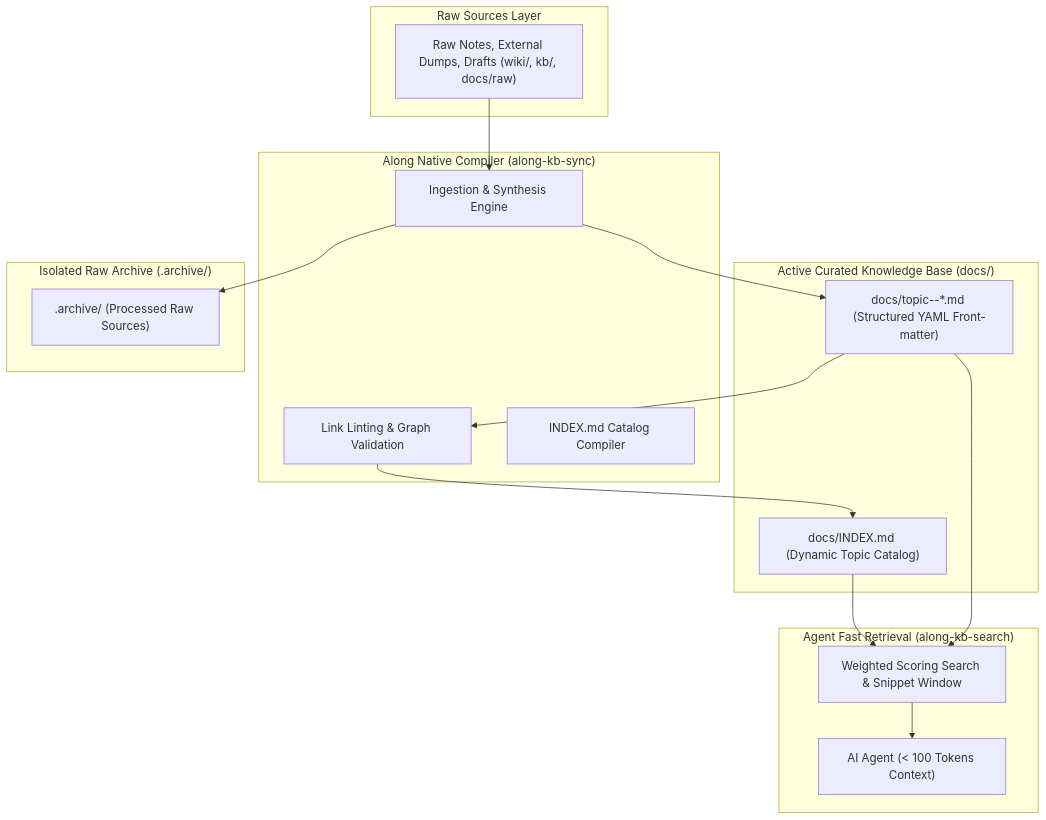
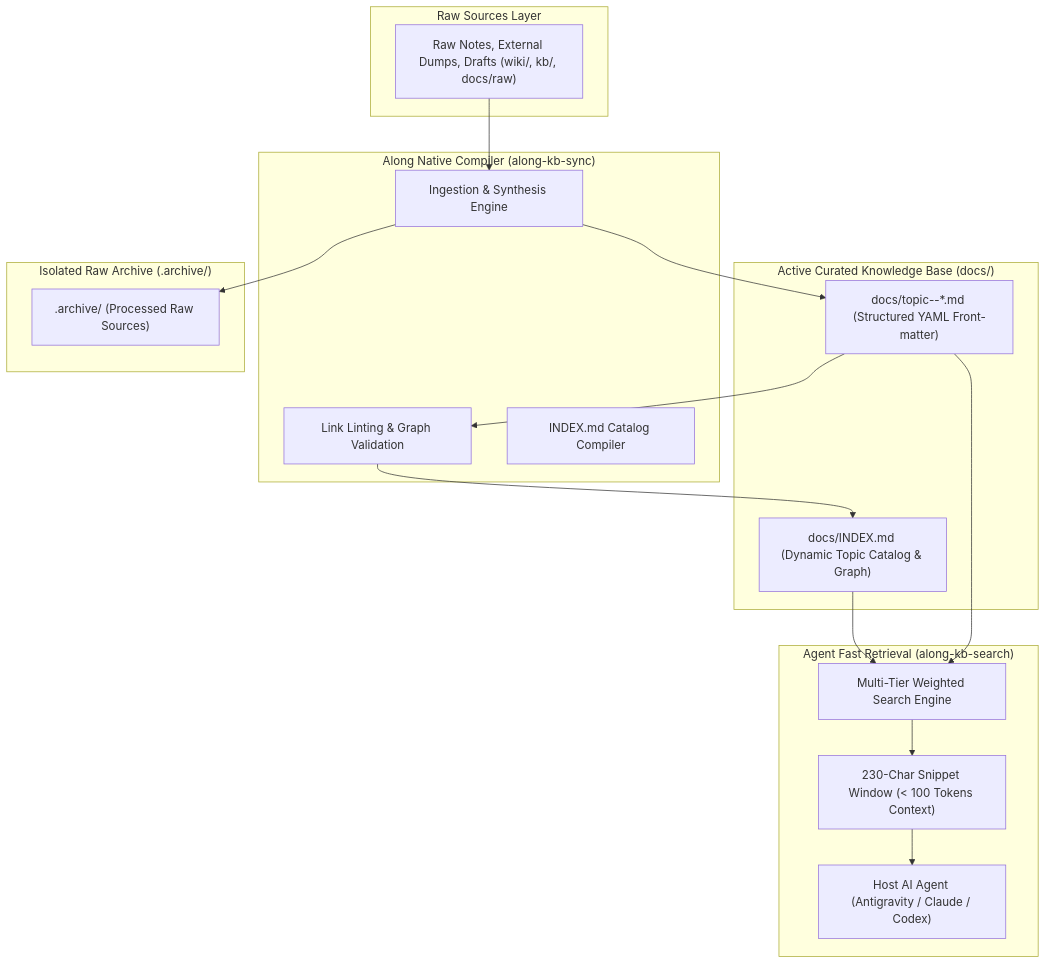
One commit to actdim/agents changed the first of 2 diagrams in docs/topic--llm-wiki-architecture.md. Above: the diagram before and after it, drawn with Mermaid. The commit also changed other lines of this file and 39 other files, not shown here.

````diff
--- a/docs/topic--llm-wiki-architecture.md
+++ b/docs/topic--llm-wiki-architecture.md
@@ -35,35 +35,37 @@
 ```mermaid
 flowchart TD
     subgraph RawSources["Raw Sources Layer"]
         RAW["Raw Notes, External Dumps, Drafts (wiki/, kb/, docs/raw)"]
     end
 
     subgraph Compiler["Along Native Compiler (along-kb-sync)"]
         INGEST["Ingestion & Synthesis Engine"]
         LINTER["Link Linting & Graph Validation"]
         INDEXER["INDEX.md Catalog Compiler"]
     end
 
     subgraph ActiveWiki["Active Curated Knowledge Base (docs/)"]
         TOPICS["docs/topic--*.md (Structured YAML Front-matter)"]
-        CATALOG["docs/INDEX.md (Dynamic Topic Catalog)"]
+        CATALOG["docs/INDEX.md (Dynamic Topic Catalog & Graph)"]
     end
 
     subgraph Archive["Isolated Raw Archive (.archive/)"]
         ARCHIVED[".archive/ (Processed Raw Sources)"]
     end
 
     subgraph Retrieval["Agent Fast Retrieval (along-kb-search)"]
-        SEARCH["Weighted Scoring Search & Snippet Window"]
-        AGENT["AI Agent (< 100 Tokens Context)"]
+        SEARCH["Multi-Tier Weighted Search Engine"]
+        SNIPPET["230-Char Snippet Window (< 100 Tokens Context)"]
+        AGENT["Host AI Agent (Antigravity / Claude / Codex)"]
     end
 
     RAW --> INGEST
     INGEST --> TOPICS
     INGEST --> ARCHIVED
     TOPICS --> LINTER
     LINTER --> CATALOG
     CATALOG --> SEARCH
     TOPICS --> SEARCH
-    SEARCH --> AGENT
+    SEARCH --> SNIPPET
+    SNIPPET --> AGENT
 ```
````
